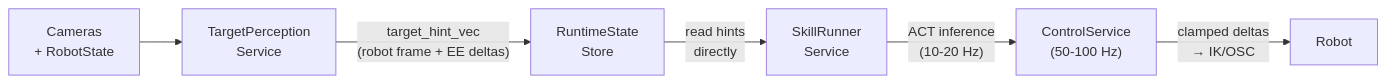
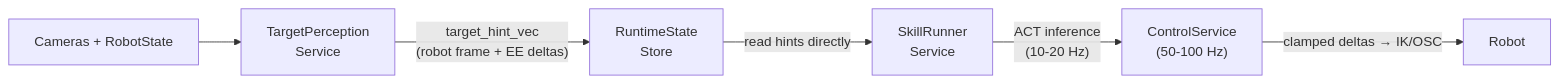
The second of 9 diagrams in docs/halo_architecture.md (andrei-ace/HALO), drawn with Mermaid before and after one commit. The commit also changed other lines of this file and 2 other files, not shown here.

First line of the commit message:
docs: fix mermaid line breaks, update context transfer docs, lead with Live Agent

````diff
--- a/docs/halo_architecture.md
+++ b/docs/halo_architecture.md
@@ -75,8 +75,8 @@
 ```mermaid
 flowchart LR
-    CAM["Cameras\n+ RobotState"] --> TPS["TargetPerception\nService"]
-    TPS -->|"target_hint_vec\n(robot frame + EE deltas)"| SS["RuntimeState\nStore"]
-    SS -->|"read hints\ndirectly"| SRS["SkillRunner\nService"]
-    SRS -->|"ACT inference\n(10-20 Hz)"| CS["ControlService\n(50-100 Hz)"]
-    CS -->|"clamped deltas\n→ IK/OSC"| R["Robot"]
+    CAM["Cameras + RobotState"] --> TPS["TargetPerception<br/>Service"]
+    TPS -->|"target_hint_vec<br/>(robot frame + EE deltas)"| SS["RuntimeState<br/>Store"]
+    SS -->|"read hints directly"| SRS["SkillRunner<br/>Service"]
+    SRS -->|"ACT inference<br/>(10-20 Hz)"| CS["ControlService<br/>(50-100 Hz)"]
+    CS -->|"clamped deltas → IK/OSC"| R["Robot"]
 ```
````
